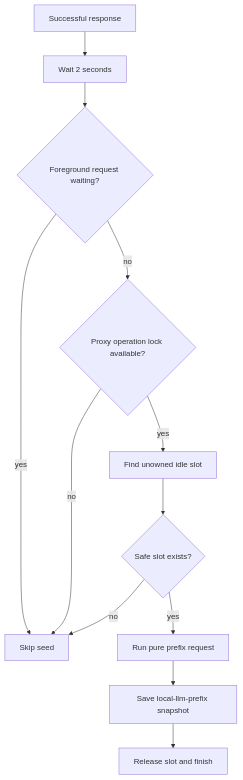
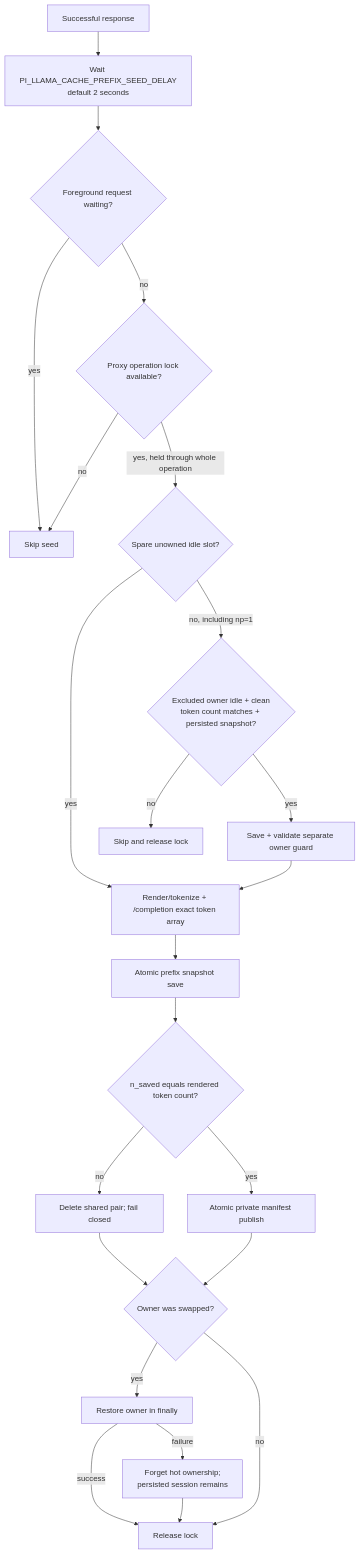
Before and after one commit to gbuisson/local-llm-kv-cache: the seventh of 8 diagrams in DESIGN.md, drawn with Mermaid. The commit also changed other lines of this file and 6 other files, not shown here.

Commit message:
feat: add validated shared prefix seeding

```diff
--- a/DESIGN.md
+++ b/DESIGN.md
@@ -283,14 +337,25 @@
 ~~~mermaid
 flowchart TD
-    R["Successful response"] --> WAIT["Wait 2 seconds"]
+    R["Successful response"] --> WAIT["Wait PI_LLAMA_CACHE_PREFIX_SEED_DELAY<br/>default 2 seconds"]
     WAIT --> FRONT{"Foreground request waiting?"}
     FRONT -->|yes| SKIP["Skip seed"]
     FRONT -->|no| LOCK{"Proxy operation lock available?"}
     LOCK -->|no| SKIP
-    LOCK -->|yes| SLOT["Find unowned idle slot"]
-    SLOT --> RESERVED{"Safe slot exists?"}
-    RESERVED -->|no| SKIP
-    RESERVED -->|yes| SEED["Run pure prefix request"]
-    SEED --> SAVE["Save local-llm-prefix snapshot"]
-    SAVE --> DONE["Release slot and finish"]
+    LOCK -->|yes, held through whole operation| SLOT{"Spare unowned idle slot?"}
+    SLOT -->|yes| SEED["Render/tokenize + /completion exact token array"]
+    SLOT -->|no, including np=1| OWNER{"Excluded owner idle + clean<br/>token count matches + persisted snapshot?"}
+    OWNER -->|no| SKIPLOCK["Skip and release lock"]
+    OWNER -->|yes| OWNERSAVE["Save + validate separate owner guard"]
+    OWNERSAVE --> SEED
+    SEED --> SAVE["Atomic prefix snapshot save"]
+    SAVE --> COUNT{"n_saved equals rendered token count?"}
+    COUNT -->|no| DROP["Delete shared pair; fail closed"]
+    COUNT -->|yes| MANIFEST["Atomic private manifest publish"]
+    DROP --> RESTORE{"Owner was swapped?"}
+    MANIFEST --> RESTORE
+    RESTORE -->|yes| FINALLY["Restore owner in finally"]
+    RESTORE -->|no| DONE["Release lock"]
+    FINALLY -->|success| DONE
+    FINALLY -->|failure| FORGET["Forget hot ownership;<br/>persisted session remains"]
+    FORGET --> DONE
 ~~~
```
